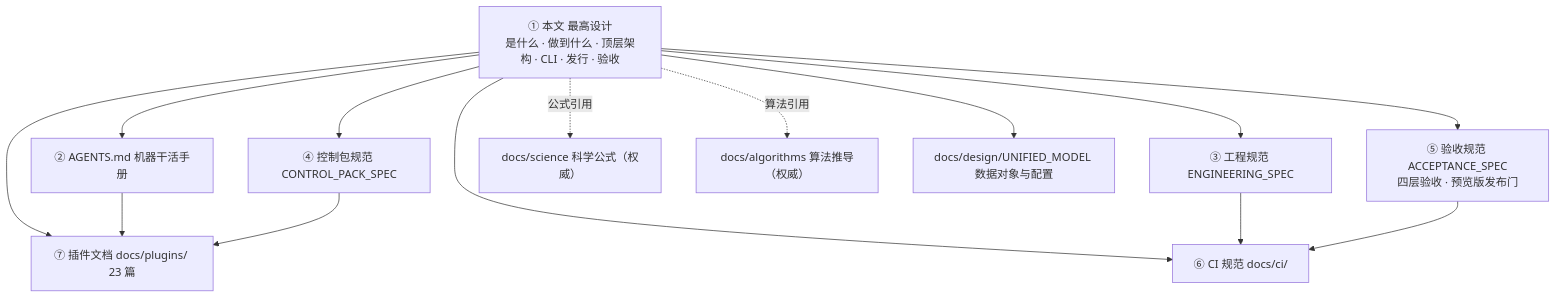
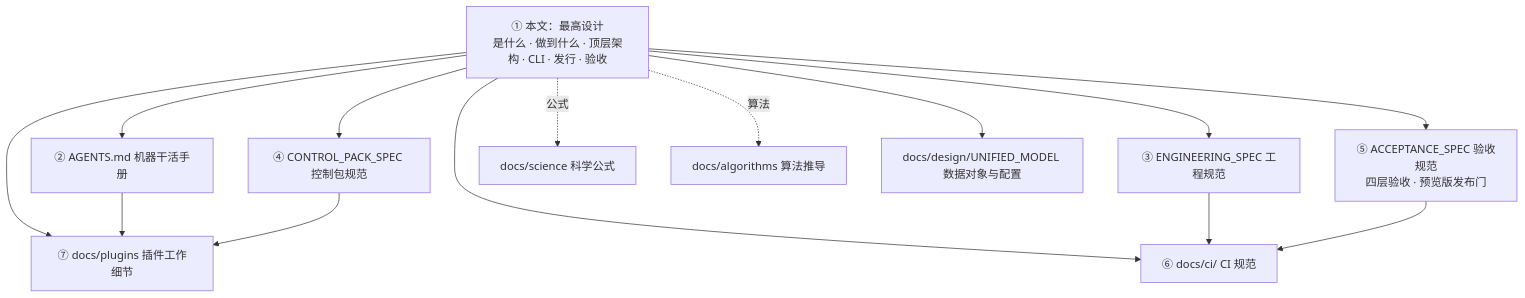
One commit to fujiaze/Astro-CS-Database changed the first of 11 diagrams in ASTROCS_DESIGN.md. Above: the diagram before and after it, drawn with Mermaid. The commit also changed other lines of this file and 4 other files, not shown here.

````diff
--- a/ASTROCS_DESIGN.md
+++ b/ASTROCS_DESIGN.md
@@ -9,21 +9,21 @@
 ```mermaid
 flowchart TD
-    D["① 本文 最高设计<br/>是什么 · 做到什么 · 顶层架构 · CLI · 发行 · 验收"]
+    D["① 本文：最高设计<br/>是什么 · 做到什么 · 顶层架构 · CLI · 发行 · 验收"]
     A["② AGENTS.md 机器干活手册"]
-    E["③ 工程规范 ENGINEERING_SPEC"]
-    C["④ 控制包规范 CONTROL_PACK_SPEC"]
-    ACC["⑤ 验收规范 ACCEPTANCE_SPEC<br/>四层验收 · 预览版发布门"]
-    CI["⑥ CI 规范 docs/ci/"]
-    P["⑦ 插件文档 docs/plugins/ 23 篇"]
-    S["docs/science 科学公式（权威）"]
-    AL["docs/algorithms 算法推导（权威）"]
+    E["③ ENGINEERING_SPEC 工程规范"]
+    C["④ CONTROL_PACK_SPEC 控制包规范"]
+    ACC["⑤ ACCEPTANCE_SPEC 验收规范<br/>四层验收 · 预览版发布门"]
+    CI["⑥ docs/ci/ CI 规范"]
+    P["⑦ docs/plugins 插件工作细节"]
+    S["docs/science 科学公式"]
+    AL["docs/algorithms 算法推导"]
     U["docs/design/UNIFIED_MODEL 数据对象与配置"]
     D --> A & E & C & ACC & CI & P
     D --> U
-    D -.公式引用.-> S
-    D -.算法引用.-> AL
+    D -.公式.-> S
+    D -.算法.-> AL
     A --> P
     E --> CI
     C --> P
     ACC --> CI
 ```
````
